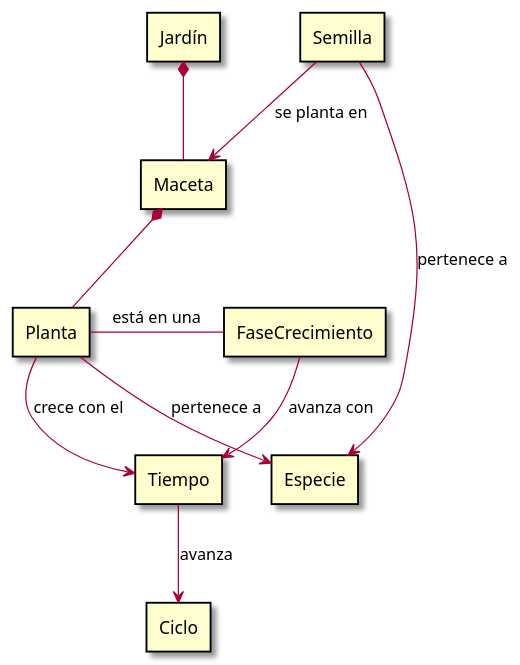
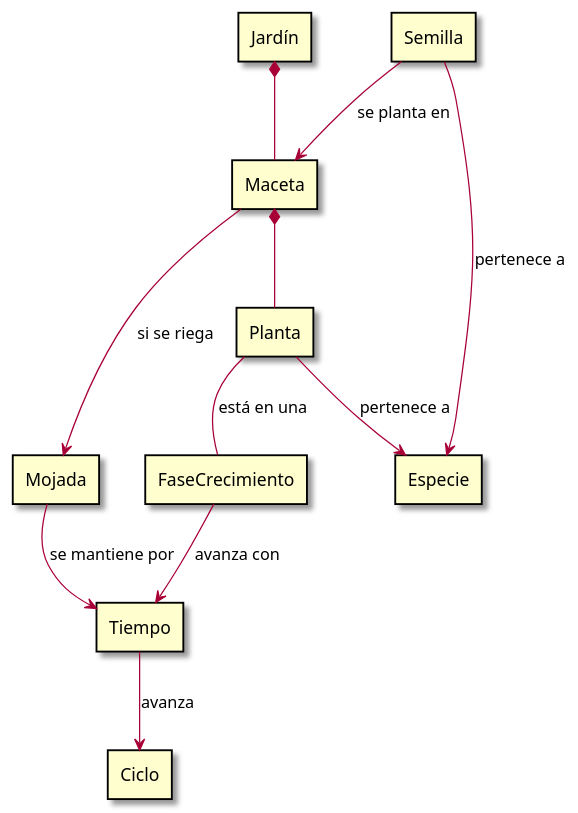
The diagram in Plants/Properties/DomainModel.puml (RicardoGuzmanVelasco/Learning), drawn with PlantUML before and after one commit. The commit also changed 3 other files, not shown here.

```diff
--- a/Plants/Properties/DomainModel.puml
+++ b/Plants/Properties/DomainModel.puml
@@ -1,27 +1,29 @@
 @startuml
 skin rose
 
 rectangle Planta
 rectangle FaseCrecimiento
 rectangle Jardín
 rectangle Maceta
 rectangle Tiempo
 rectangle Ciclo
 rectangle Semilla
 rectangle Especie
+rectangle Mojada
 
 Jardín *-- Maceta
 Maceta *-- Planta
 Semilla --> Maceta : se planta en
-Planta - FaseCrecimiento : está en una 
+Planta -- FaseCrecimiento : está en una 
 
 Semilla --> Especie : pertenece a
 Planta --> Especie : pertenece a 
 
-FaseCrecimiento --> Tiempo : avanza con 
-Planta --> Tiempo : crece con el
+FaseCrecimiento --> Tiempo : avanza con
 
+Maceta ---> Mojada : si se riega
+Mojada --> Tiempo : se mantiene por
 
 Tiempo --> Ciclo : avanza
 
 @enduml
```
